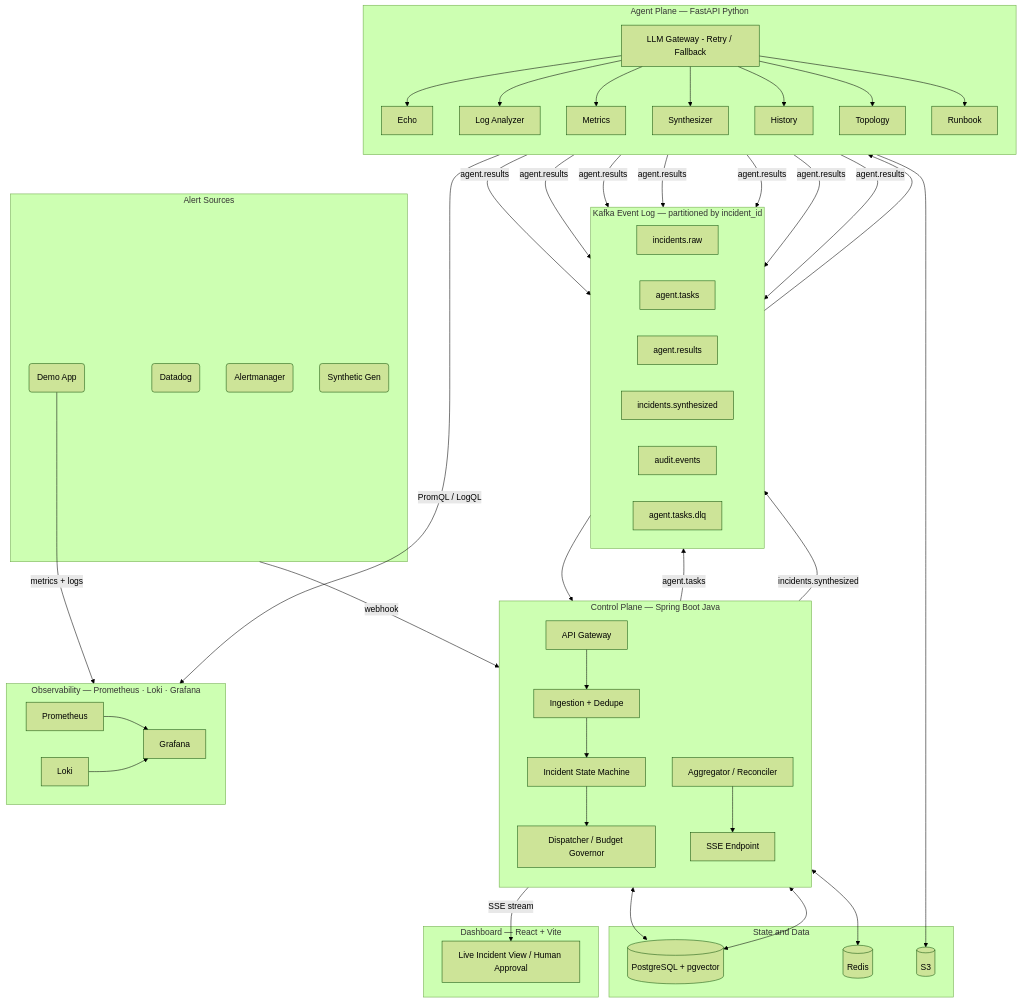
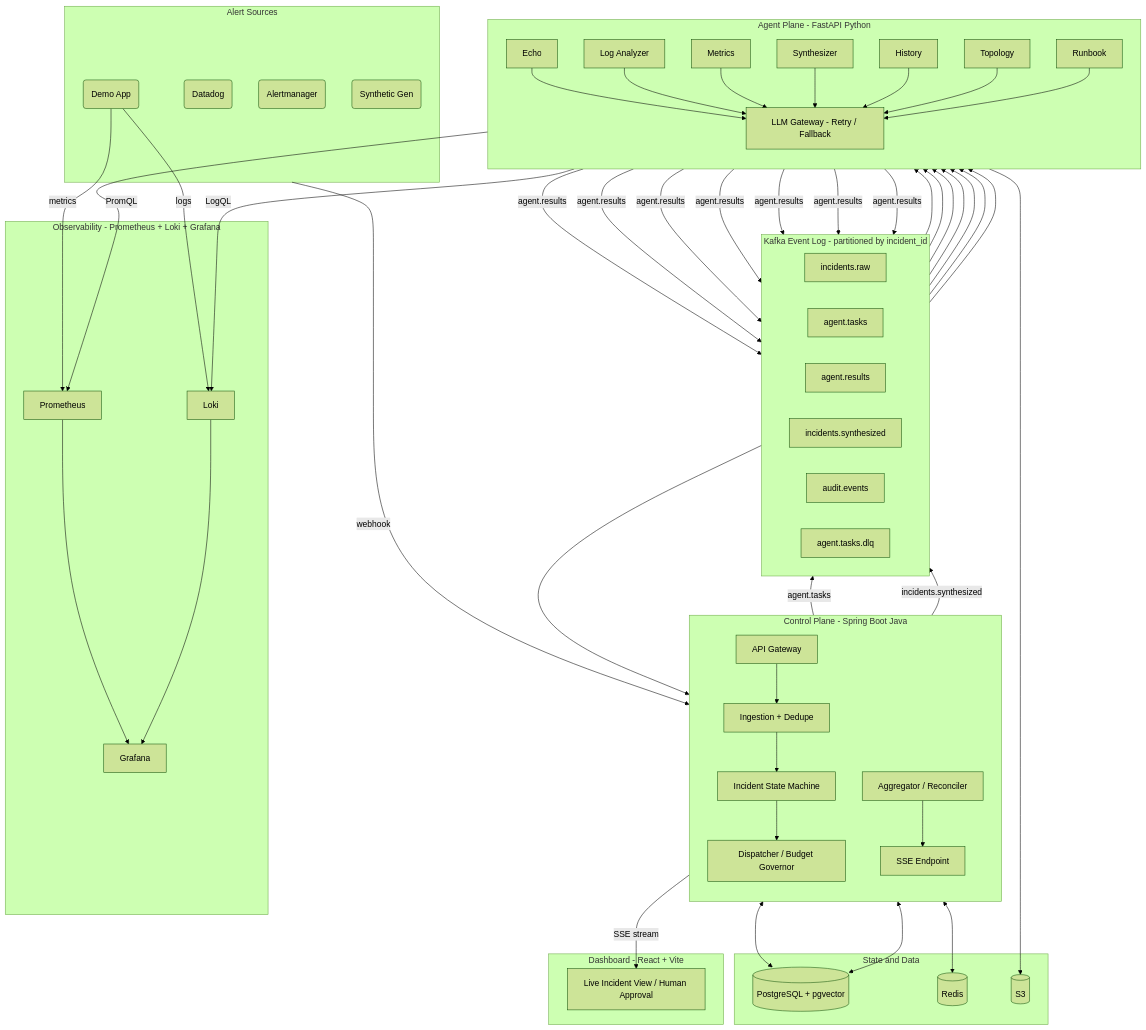
One commit to NikunjS91/Sentinel changed the diagram in README.md. Above: the diagram before and after it, drawn with Mermaid (forest theme). The commit also changed other lines of this file, not shown here.

Commit message:
fix: repair README broken image, Mermaid diagram, and Ollama model ref
- Replace missing 05-edit-form.png reference with existing 04-filter-resolved.png
- Fix Mermaid: remove em-dashes and middle dots from subgraph labels
  (GitHub Mermaid renderer does not handle them reliably)
- Fix Mermaid: replace invalid subgraph-as-edge-endpoint references
  (CP <--> RD, AP --> S3, DA --> OBS) with actual node IDs
- Fix Mermaid: correct task flow direction (T2 --> agents --> LLM, not T2 --> LLM --> agents)
- Fix prerequisites: ollama pull mistral -> ollama pull qwen3:14b

````diff
--- a/README.md
+++ b/README.md
@@ -83,75 +83,77 @@
 ```mermaid
 flowchart TB
     subgraph Sources["Alert Sources"]
         AM(Alertmanager)
         DD(Datadog)
         DA(Demo App)
         SG(Synthetic Gen)
     end
 
-    subgraph CP["Control Plane — Spring Boot Java"]
+    subgraph CP["Control Plane - Spring Boot Java"]
         direction TB
         GW[API Gateway]
         ING[Ingestion + Dedupe]
         SM[Incident State Machine]
         DISP[Dispatcher / Budget Governor]
         AGG[Aggregator / Reconciler]
         SSE[SSE Endpoint]
     end
 
-    subgraph KAFKA["Kafka Event Log — partitioned by incident_id"]
+    subgraph KAFKA["Kafka Event Log - partitioned by incident_id"]
         direction LR
         T1[incidents.raw]
         T2[agent.tasks]
         T3[agent.results]
         T4[incidents.synthesized]
         T5[audit.events]
         T6[agent.tasks.dlq]
     end
 
-    subgraph AP["Agent Plane — FastAPI Python"]
+    subgraph AP["Agent Plane - FastAPI Python"]
         direction TB
         LLM[LLM Gateway - Retry / Fallback]
         A1[Echo]
         A2[Log Analyzer]
         A3[Metrics]
         A4[Synthesizer]
         A5[History]
         A6[Topology]
         A7[Runbook]
     end
 
-    subgraph OBS["Observability — Prometheus · Loki · Grafana"]
+    subgraph OBS["Observability - Prometheus + Loki + Grafana"]
         PROM[Prometheus]
         LOKI[Loki]
         GRAF[Grafana]
     end
 
     subgraph Data["State and Data"]
         PG[(PostgreSQL + pgvector)]
         RD[(Redis)]
         S3[(S3)]
     end
 
-    subgraph UI["Dashboard — React + Vite"]
+    subgraph UI["Dashboard - React + Vite"]
         DASH[Live Incident View / Human Approval]
     end
 
     Sources -->|webhook| GW
     GW --> ING --> SM --> DISP
     DISP -->|agent.tasks| T2
-    T2 --> LLM
-    LLM --> A1 & A2 & A3 & A4 & A5 & A6 & A7
+    T2 --> A1 & A2 & A3 & A4 & A5 & A6 & A7
+    A1 & A2 & A3 & A4 & A5 & A6 & A7 --> LLM
     A1 & A2 & A3 & A4 & A5 & A6 & A7 -->|agent.results| T3
     T3 --> AGG --> SSE
     SSE -->|SSE stream| DASH
     AGG -->|incidents.synthesized| T4
     SM <--> PG
     AGG <--> PG
-    CP <--> RD
-    AP --> S3
-    DA -->|metrics + logs| OBS
-    AP -->|PromQL / LogQL| OBS
+    DISP <--> RD
+    A5 --> S3
+    DA -->|metrics| PROM
+    DA -->|logs| LOKI
+    A2 -->|LogQL| LOKI
+    A3 -->|PromQL| PROM
     PROM --> GRAF
     LOKI --> GRAF
 ```
````
